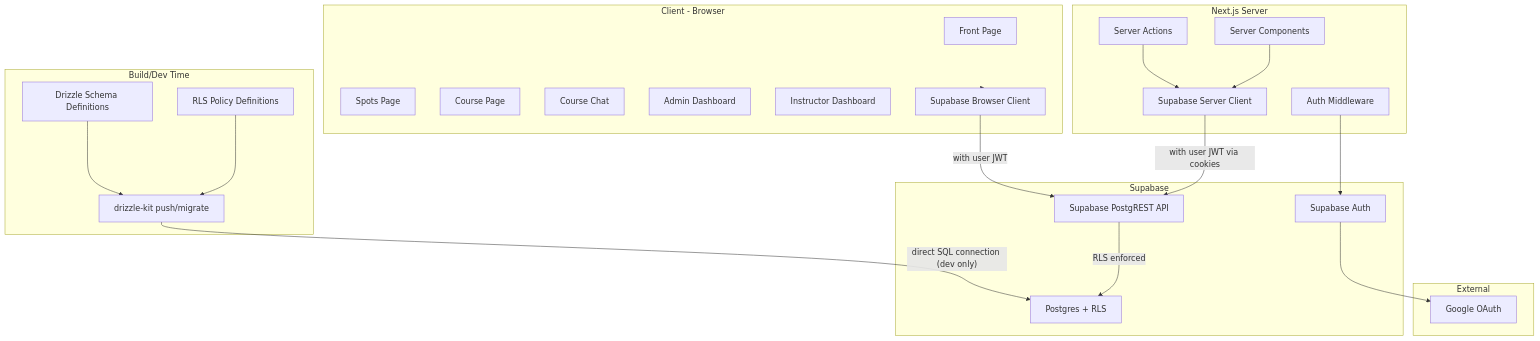
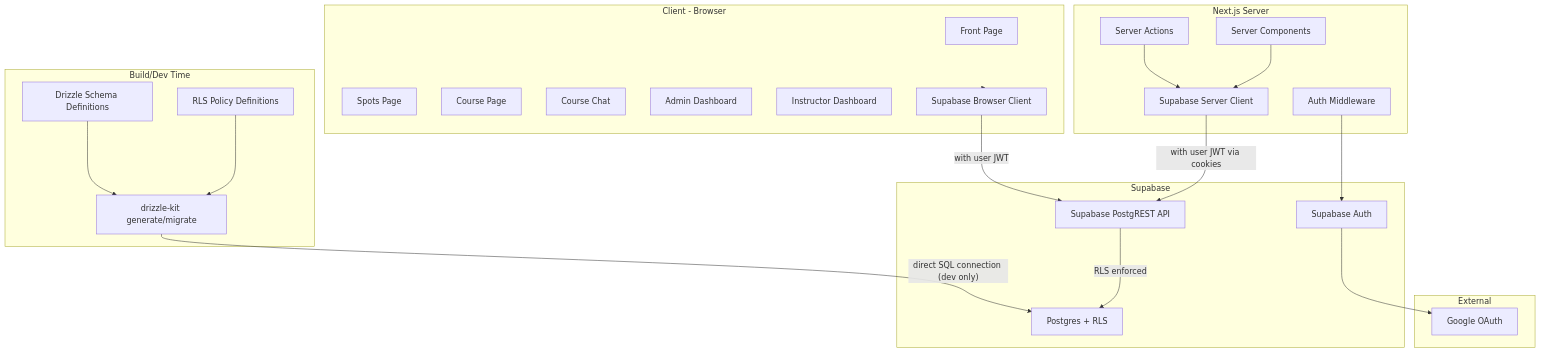
The first of 3 diagrams in kiteklubb_full_stack_8aaca1e7.plan.md (Frankwds/AalesundKiteklubb), drawn with Mermaid before and after one commit. The commit also changed other lines of this file, not shown here.

````diff
--- a/kiteklubb_full_stack_8aaca1e7.plan.md
+++ b/kiteklubb_full_stack_8aaca1e7.plan.md
@@ -70,50 +70,50 @@
 ```mermaid
 graph TB
   subgraph buildTime [Build/Dev Time]
     DrizzleSchema[Drizzle Schema Definitions]
-    DrizzleKit[drizzle-kit push/migrate]
+    DrizzleKit[drizzle-kit generate/migrate]
     RLSPolicies[RLS Policy Definitions]
   end
 
   subgraph client [Client - Browser]
     FrontPage[Front Page]
     SpotsPage[Spots Page]
     CoursePage[Course Page]
     CourseChat[Course Chat]
     AdminDash[Admin Dashboard]
     InstructorDash[Instructor Dashboard]
     BrowserClient["Supabase Browser Client"]
   end
 
   subgraph nextjs [Next.js Server]
     Middleware[Auth Middleware]
     ServerActions[Server Actions]
     ServerComponents[Server Components]
     ServerClient["Supabase Server Client"]
   end
 
   subgraph supabase [Supabase]
     SupabaseAuth[Supabase Auth]
     SupabaseAPI[Supabase PostgREST API]
     SupabasePG["Postgres + RLS"]
   end
 
   subgraph external [External]
     Google[Google OAuth]
   end
 
   DrizzleSchema --> DrizzleKit
   RLSPolicies --> DrizzleKit
   DrizzleKit -->|"direct SQL connection (dev only)"| SupabasePG
 
   client --> BrowserClient
   BrowserClient -->|"with user JWT"| SupabaseAPI
 
   ServerActions --> ServerClient
   ServerComponents --> ServerClient
   ServerClient -->|"with user JWT via cookies"| SupabaseAPI
 
   SupabaseAPI -->|"RLS enforced"| SupabasePG
   SupabaseAuth --> Google
   Middleware --> SupabaseAuth
 ```
````
